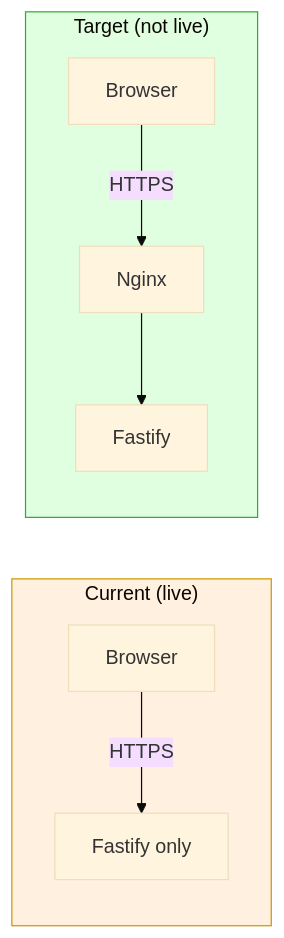
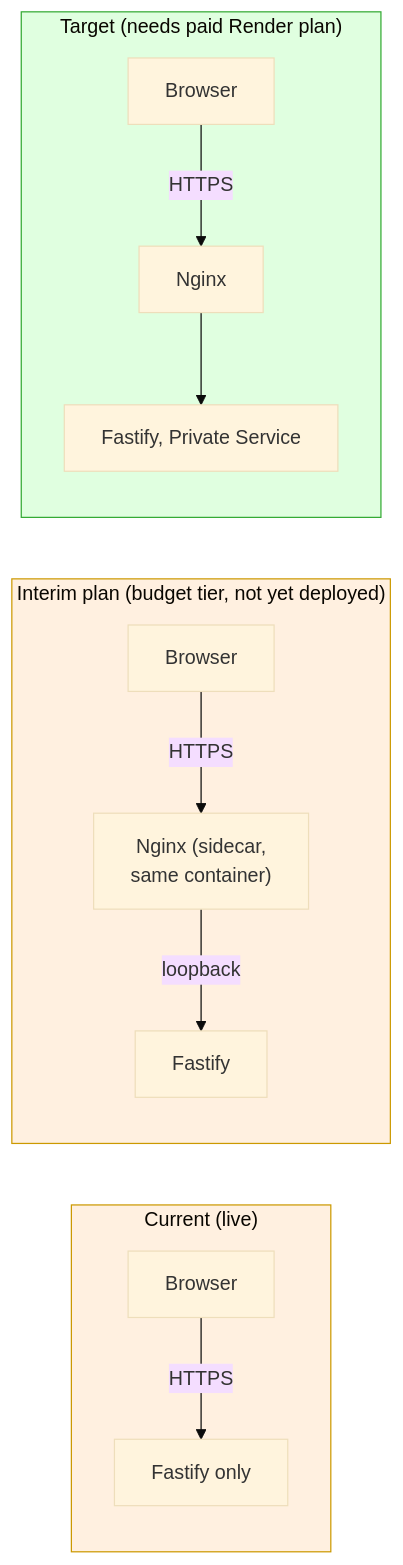
One commit to thec1rclehost123-cmd/C1RCLE-BACKEND changed the second of 3 diagrams in docs/nginx/issues-and-gaps.md. Above: the diagram before and after it, drawn with Mermaid (base theme). The commit also changed other lines of this file and 5 other files, not shown here.

````diff
--- a/docs/nginx/issues-and-gaps.md
+++ b/docs/nginx/issues-and-gaps.md
@@ -49,14 +54,20 @@
 ```mermaid
 graph LR
   subgraph Current["Current (live)"]
     Browser1[Browser] -->|HTTPS| Fastify1[Fastify only]
   end
 
-  subgraph Target["Target (not live)"]
+  subgraph Interim["Interim plan (budget tier, not yet deployed)"]
+    Browser3[Browser] -->|HTTPS| Nginx3["Nginx (sidecar,<br/>same container)"]
+    Nginx3 -->|loopback| Fastify3[Fastify]
+  end
+
+  subgraph Target["Target (needs paid Render plan)"]
     Browser2[Browser] -->|HTTPS| Nginx2[Nginx]
-    Nginx2 --> Fastify2[Fastify]
+    Nginx2 --> Fastify2[Fastify, Private Service]
   end
 
   style Current fill:#fff0e0,stroke:#c90
+  style Interim fill:#fff0e0,stroke:#c90
   style Target fill:#e0ffe0,stroke:#3a3
 ```
````
